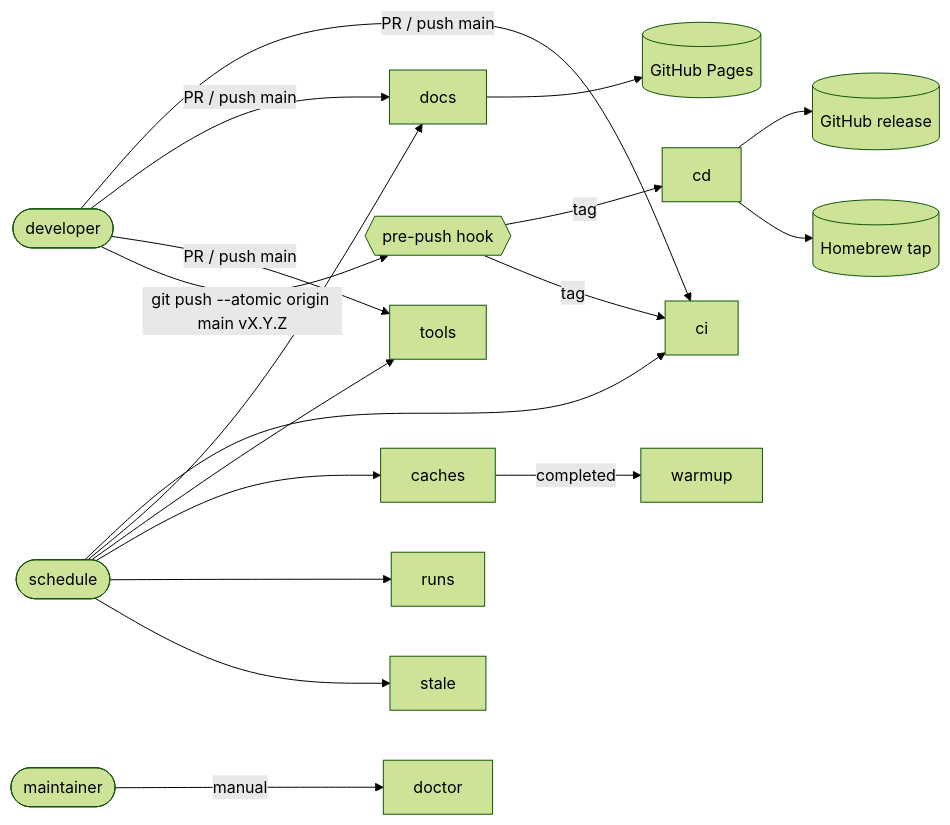
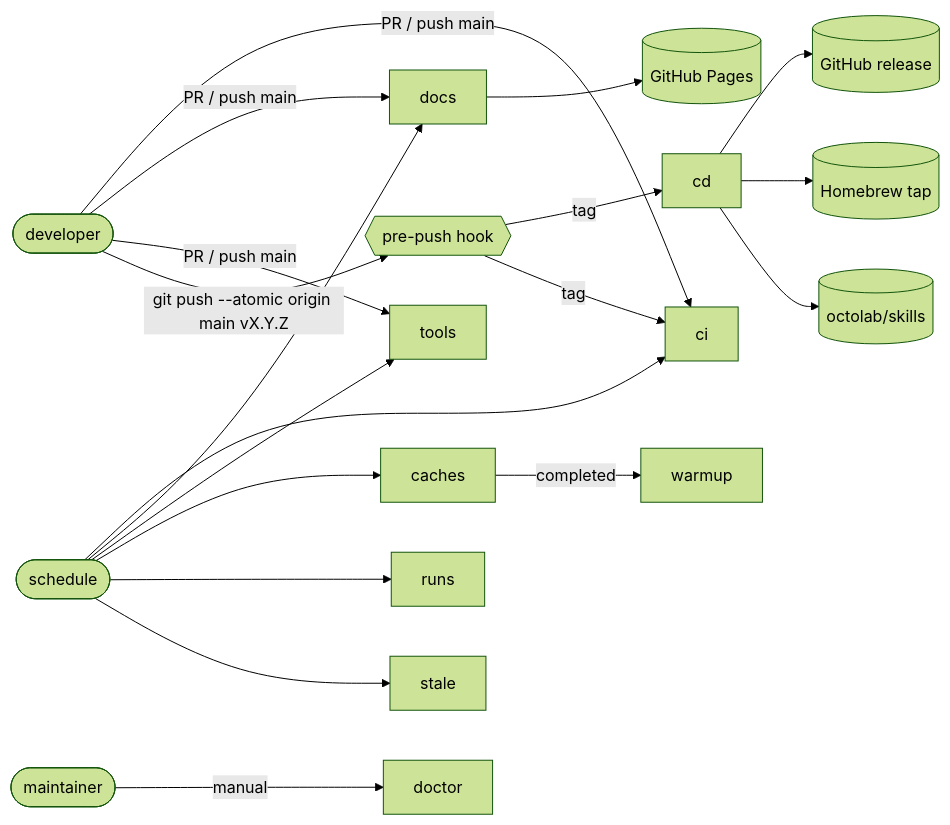
The first of 10 diagrams in .github/workflows/README.md (octopot/indexit), drawn with Mermaid (forest theme) before and after one commit. The commit also changed other lines of this file and 9 other files, not shown here.

Commit message:
ci(cd): publish the agent skill to octolab/skills on release

````diff
--- a/.github/workflows/README.md
+++ b/.github/workflows/README.md
@@ -17,11 +17,11 @@
 ```mermaid
 flowchart LR
   dev([developer]) -- PR / push main --> ci & docs & tools
   dev -- "git push --atomic origin main vX.Y.Z" --> hook{{pre-push hook}}
   hook -- tag --> cd & ci
   cron([schedule]) --> ci & docs & tools & caches & runs & stale
   caches -- completed --> warmup
   you([maintainer]) -- manual --> doctor
-  cd --> release[(GitHub release)] & tap[(Homebrew tap)]
+  cd --> release[(GitHub release)] & tap[(Homebrew tap)] & catalog[(octolab/skills)]
   docs --> pages[(GitHub Pages)]
 ```
````
